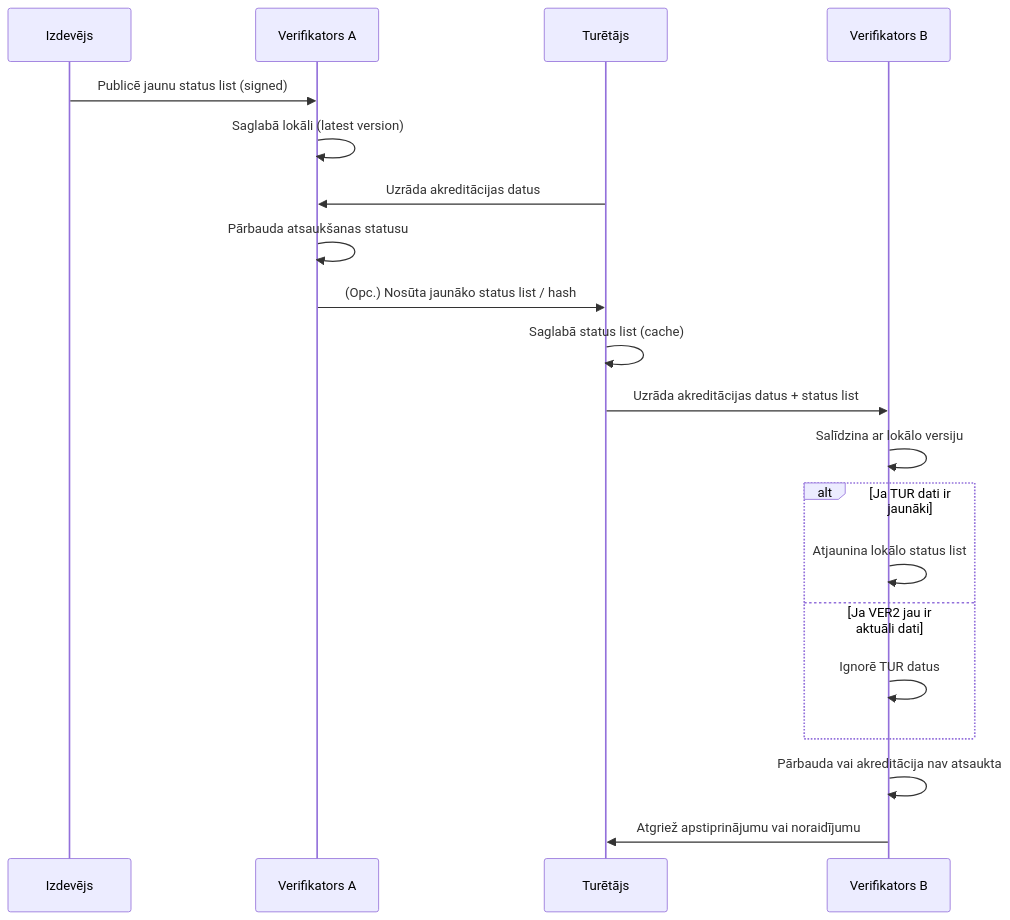
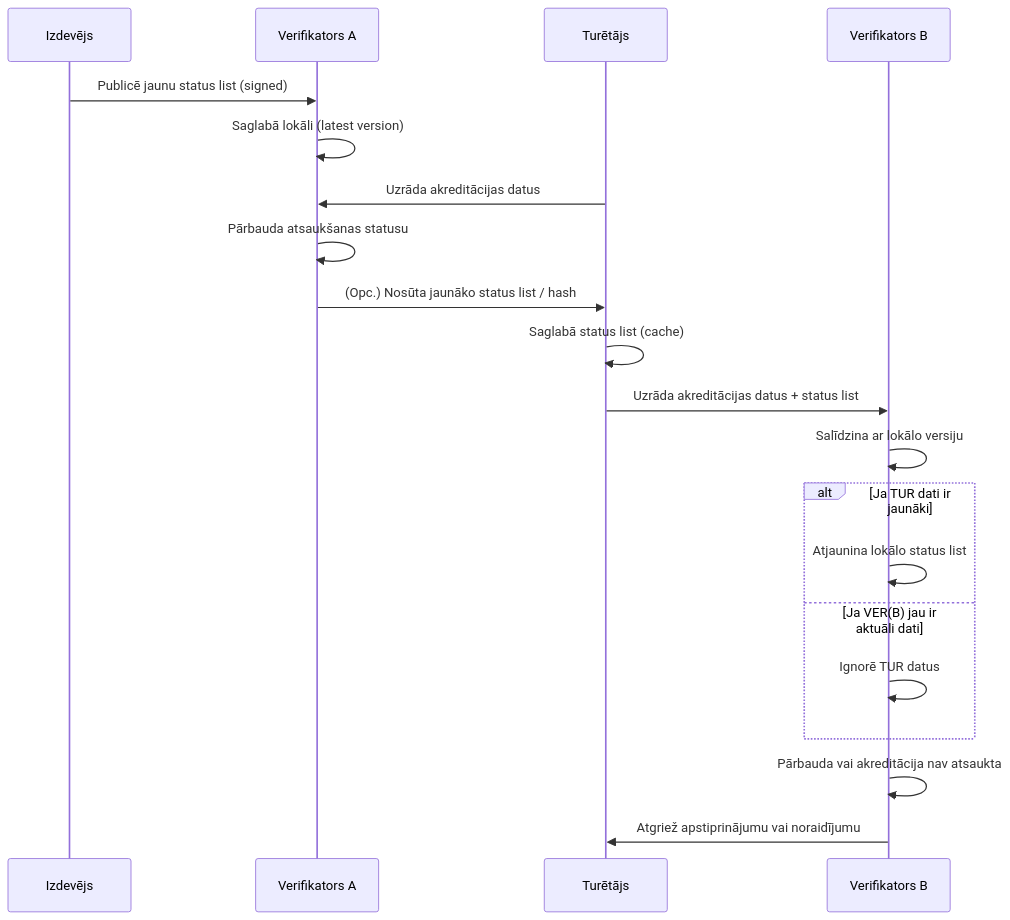
The diagram in graphs/holder-assisted_gossip.mmd (Amaculis/DID-offline-revocation-gossips-solution), drawn with Mermaid before and after one commit.

Commit message:
holder assisted graph change

```diff
--- a/graphs/holder-assisted_gossip.mmd
+++ b/graphs/holder-assisted_gossip.mmd
@@ -1,27 +1,27 @@
 sequenceDiagram
     participant IZD as Izdevējs
     participant VER1 as Verifikators A
     participant TUR as Turētājs
     participant VER2 as Verifikators B
 
     IZD->>VER1: Publicē jaunu status list (signed)
 
     VER1->>VER1: Saglabā lokāli (latest version)
 
     TUR->>VER1: Uzrāda akreditācijas datus
     VER1->>VER1: Pārbauda atsaukšanas statusu
     VER1->>TUR: (Opc.) Nosūta jaunāko status list / hash
 
     TUR->>TUR: Saglabā status list (cache)
 
     TUR->>VER2: Uzrāda akreditācijas datus + status list
 
     VER2->>VER2: Salīdzina ar lokālo versiju
     alt Ja TUR dati ir jaunāki
         VER2->>VER2: Atjaunina lokālo status list
-    else Ja VER2 jau ir aktuāli dati
+    else Ja VER(B) jau ir aktuāli dati
         VER2->>VER2: Ignorē TUR datus
     end
 
     VER2->>VER2: Pārbauda vai akreditācija nav atsaukta
     VER2->>TUR: Atgriež apstiprinājumu vai noraidījumu
```
